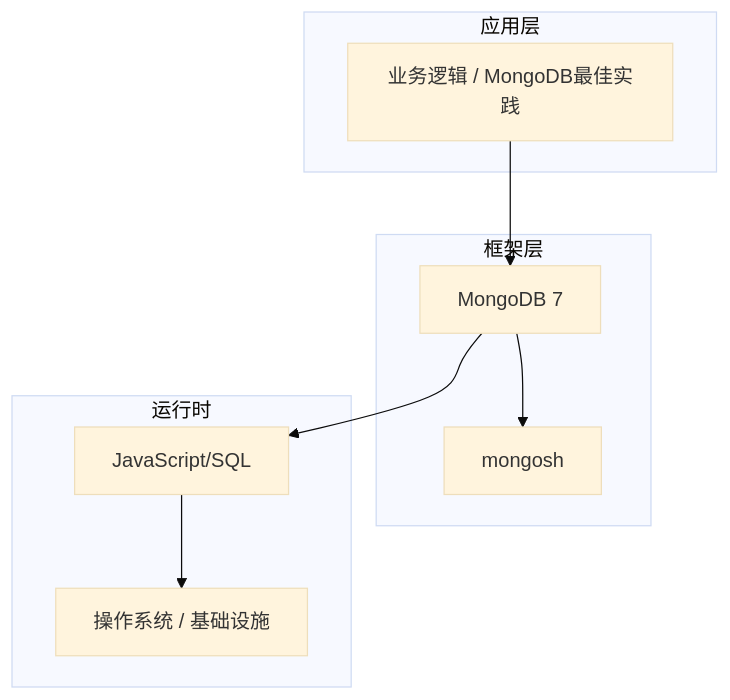
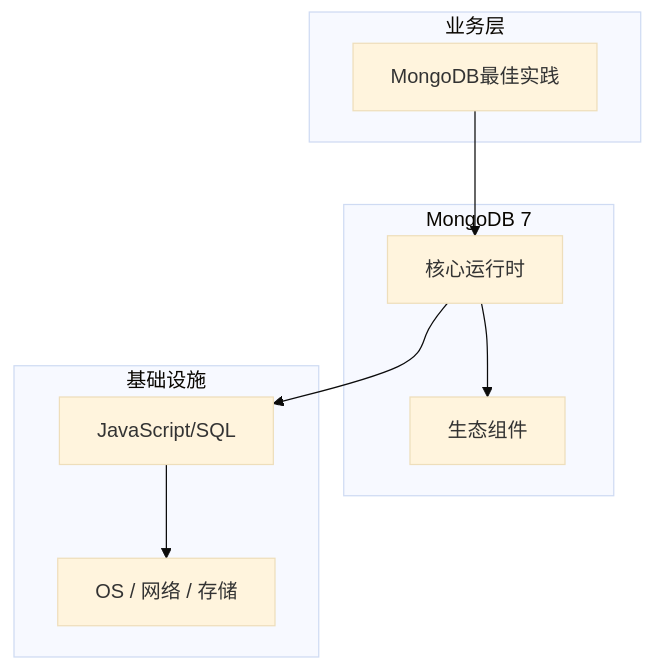
The diagram in articles/MongoDB/chapters/075-MongoDB最佳实践核心概念与原理.md (yanggan2015/knowledge-json-v2), drawn with Mermaid (base theme) before and after one commit. The commit also changed other lines of this file and 10127 other files, not shown here.

````diff
--- a/articles/MongoDB/chapters/075-MongoDB最佳实践核心概念与原理.md
+++ b/articles/MongoDB/chapters/075-MongoDB最佳实践核心概念与原理.md
@@ -45,18 +34,18 @@
 ```mermaid
 graph TB
-    subgraph 应用层
-        A[业务逻辑 / MongoDB最佳实践]
+    subgraph 业务层
+        A[MongoDB最佳实践]
     end
-    subgraph 框架层
-        B[MongoDB 7]
-        C[mongosh]
+    subgraph MongoDB 7
+        B[核心运行时]
+        C[生态组件]
     end
-    subgraph 运行时
+    subgraph 基础设施
         D[JavaScript/SQL]
-        E[操作系统 / 基础设施]
+        E[OS / 网络 / 存储]
     end
     A --> B
     B --> C
     B --> D
     D --> E
 ```
````
